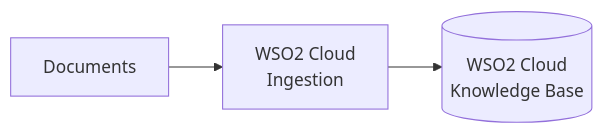
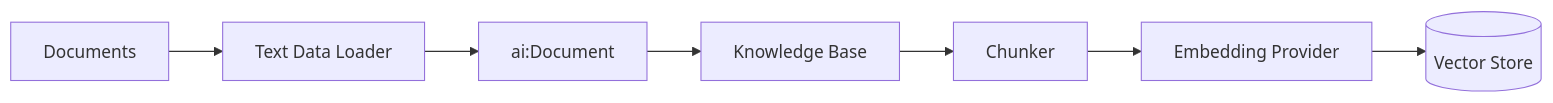
Before and after one commit to lnash94/docs-integrator: the diagram in en/docs/develop-and-test/integration-artifacts/ai-integrations/rag/rag-ingestion.md, drawn with Mermaid. The commit also changed other lines of this file and 4 other files, not shown here.

First line of the commit message:
Revert "docs(rag): use WSO2 Cloud knowledge base agent tool"

````diff
--- a/en/docs/develop-and-test/integration-artifacts/ai-integrations/rag/rag-ingestion.md
+++ b/en/docs/develop-and-test/integration-artifacts/ai-integrations/rag/rag-ingestion.md
@@ -15,5 +22,9 @@
 ```mermaid
 flowchart LR
-    A[Documents] --> B[WSO2 Cloud\nIngestion]
-    B --> C[(WSO2 Cloud\nKnowledge Base)]
+    A[Documents] --> B[Text Data Loader]
+    B --> C[ai:Document]
+    C --> D[Knowledge Base]
+    D --> E[Chunker]
+    E --> F[Embedding Provider]
+    F --> G[(Vector Store)]
 ```
````
